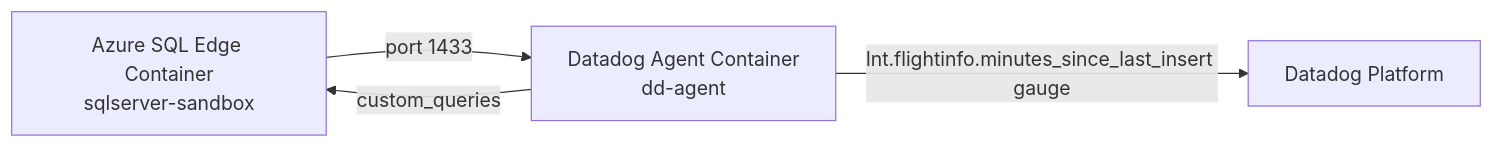
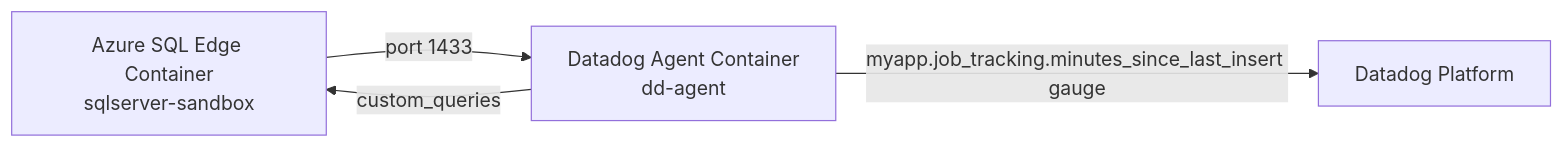
One commit to ddalexvea/datadog-sandboxes-by-ai changed the diagram in integrations/sqlserver-custom-metric-table-freshness/README.md. Above: the diagram before and after it, drawn with Mermaid. The commit also changed other lines of this file, not shown here.

Commit message:
Fix leftover customer-specific references in Mermaid diagram and troubleshooting grep

````diff
--- a/integrations/sqlserver-custom-metric-table-freshness/README.md
+++ b/integrations/sqlserver-custom-metric-table-freshness/README.md
@@ -24,6 +24,6 @@
 ```mermaid
 graph LR
     A[Azure SQL Edge Container\nsqlserver-sandbox] -- port 1433 --> B[Datadog Agent Container\ndd-agent]
     B -- custom_queries --> A
-    B -- lnt.flightinfo.minutes_since_last_insert gauge --> C[Datadog Platform]
+    B -- myapp.job_tracking.minutes_since_last_insert gauge --> C[Datadog Platform]
 ```
````
